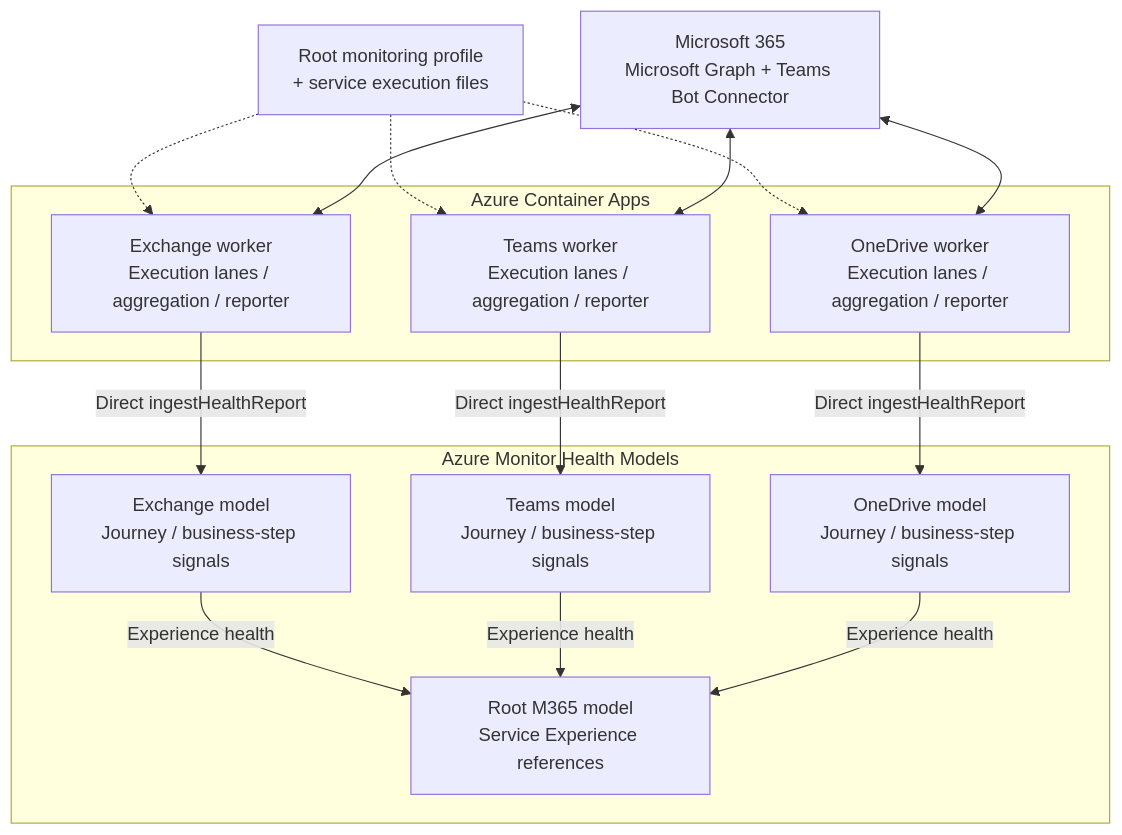
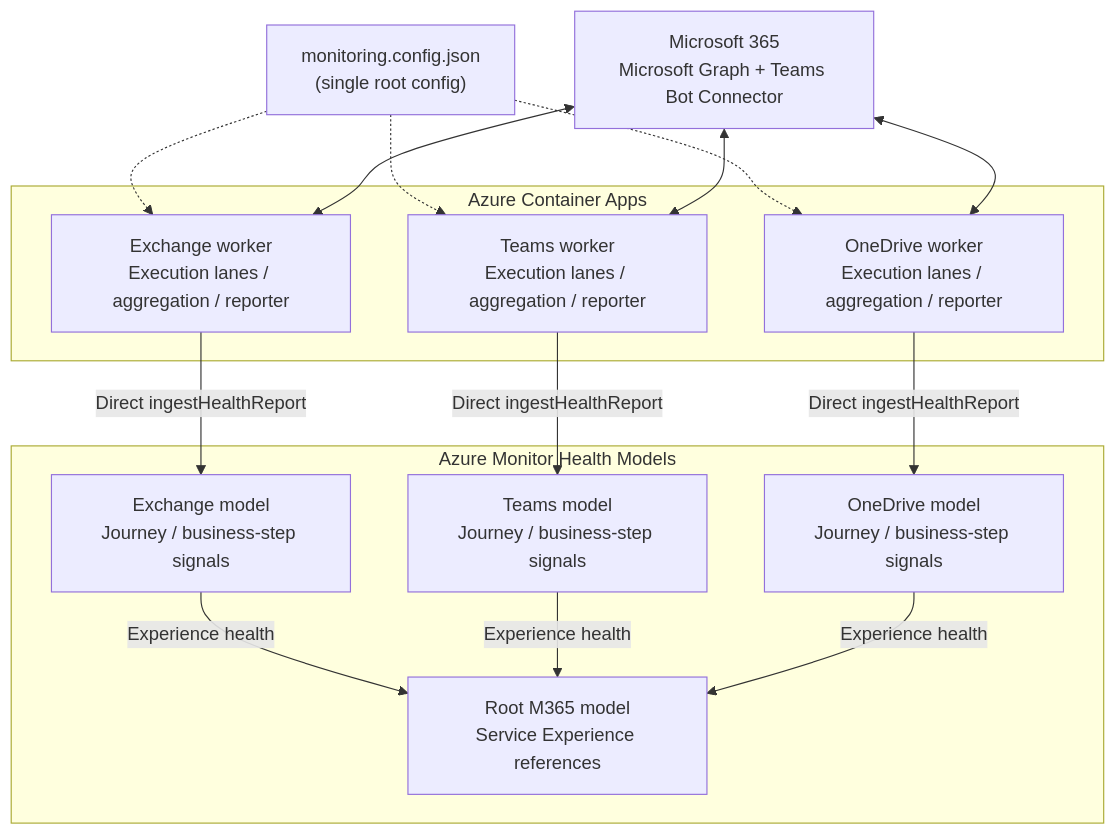
The diagram in README.md (mariehalloran/ahm-m365-example), drawn with Mermaid before and after one commit. The commit also changed other lines of this file and 88 other files, not shown here.

````diff
--- a/README.md
+++ b/README.md
@@ -92,33 +109,33 @@
 ```mermaid
 flowchart TB
-    config["Root monitoring profile<br/>+ service execution files"]
+    config["monitoring.config.json<br/>(single root config)"]
     m365["Microsoft 365<br/>Microsoft Graph + Teams Bot Connector"]
 
     subgraph workers["Azure Container Apps"]
         exchange["Exchange worker<br/>Execution lanes / aggregation / reporter"]
         teams["Teams worker<br/>Execution lanes / aggregation / reporter"]
         onedrive["OneDrive worker<br/>Execution lanes / aggregation / reporter"]
     end
 
     config -.-> exchange
     config -.-> teams
     config -.-> onedrive
     m365 <--> exchange
     m365 <--> teams
     m365 <--> onedrive
 
     subgraph models["Azure Monitor Health Models"]
         exchangeModel["Exchange model<br/>Journey / business-step signals"]
         teamsModel["Teams model<br/>Journey / business-step signals"]
         onedriveModel["OneDrive model<br/>Journey / business-step signals"]
         root["Root M365 model<br/>Service Experience references"]
 
         exchangeModel -->|"Experience health"| root
         teamsModel -->|"Experience health"| root
         onedriveModel -->|"Experience health"| root
     end
 
     exchange -->|"Direct ingestHealthReport"| exchangeModel
     teams -->|"Direct ingestHealthReport"| teamsModel
     onedrive -->|"Direct ingestHealthReport"| onedriveModel
 ```
````
